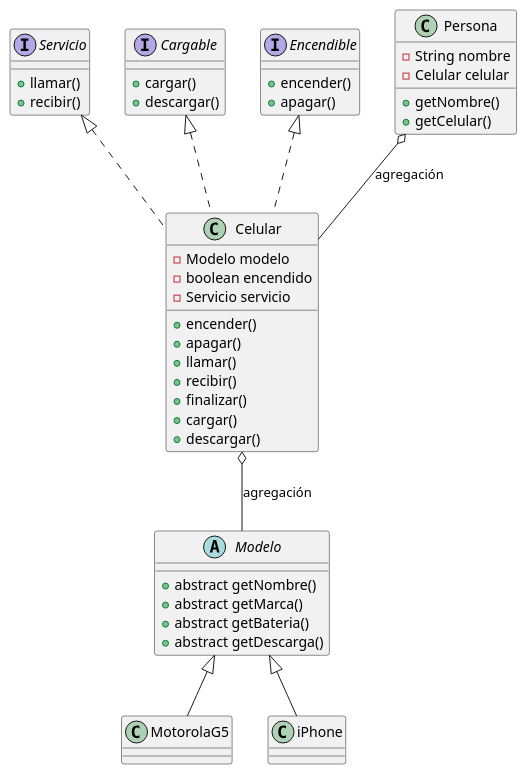
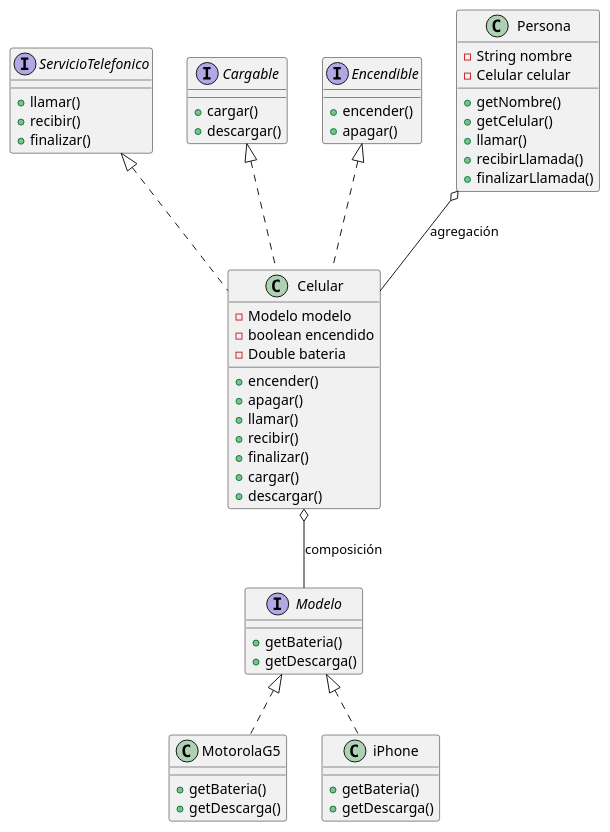
One commit to fmiguezo/Programacion3 changed the diagram in ejercicio_celulares_v2/diagrams/diagrama_de_clase.puml. Above: the diagram before and after it, drawn with PlantUML. The commit also changed 274 other files, not shown here.

```diff
--- a/ejercicio_celulares_v2/diagrams/diagrama_de_clase.puml
+++ b/ejercicio_celulares_v2/diagrams/diagrama_de_clase.puml
@@ -1,59 +1,68 @@
 @startuml
-class Celular implements Servicio, Cargable, Encendible {
+class Celular implements ServicioTelefonico, Cargable, Encendible {
     - Modelo modelo
     - boolean encendido
-    - Servicio servicio
+    - Double bateria
 
     + encender()
     + apagar()
     + llamar()
     + recibir()
     + finalizar()
     + cargar()
     + descargar()
 }
 
-abstract class Modelo {
-    + abstract getNombre()
-    + abstract getMarca()
-    + abstract getBateria()
-    + abstract getDescarga()
+interface Modelo {
+    + getBateria()
+    + getDescarga()
 }
 
-class MotorolaG5 extends Modelo {}
+class MotorolaG5 implements Modelo {
+    + getBateria()
+    + getDescarga()
+}
 
-class iPhone extends Modelo {}
+class iPhone implements Modelo {
+    + getBateria()
+    + getDescarga()
+}
 
-interface Servicio {
+
+
+interface ServicioTelefonico {
     + llamar()
     + recibir()
+    + finalizar()
 }
 
 interface Cargable {
     + cargar()
     + descargar()
 }
 
 interface Encendible {
     + encender()
     + apagar()
 }
 
 class Persona {
     - String nombre
     - Celular celular
 
     + getNombre()
     + getCelular()
+    + llamar()
+    + recibirLlamada()
+    + finalizarLlamada()
 }
 
 
 ' relaciones
-Celular o-- Modelo : agregación
+Celular o-- Modelo : composición
 
 ' Modelo <|-- MotorolaG5
 ' Modelo <|-- iPhone
 
 Persona o-- Celular : agregación
-
 @enduml
```
